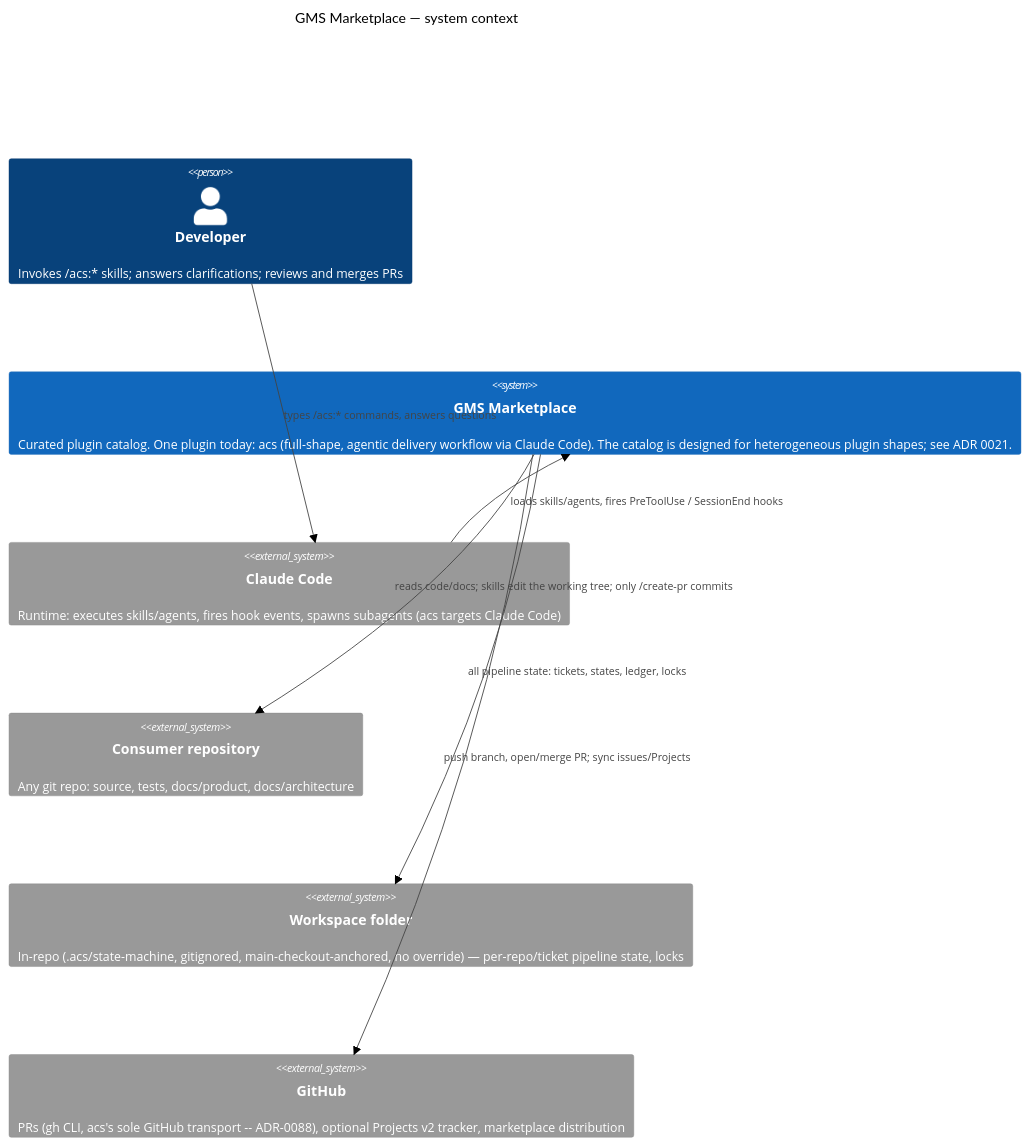
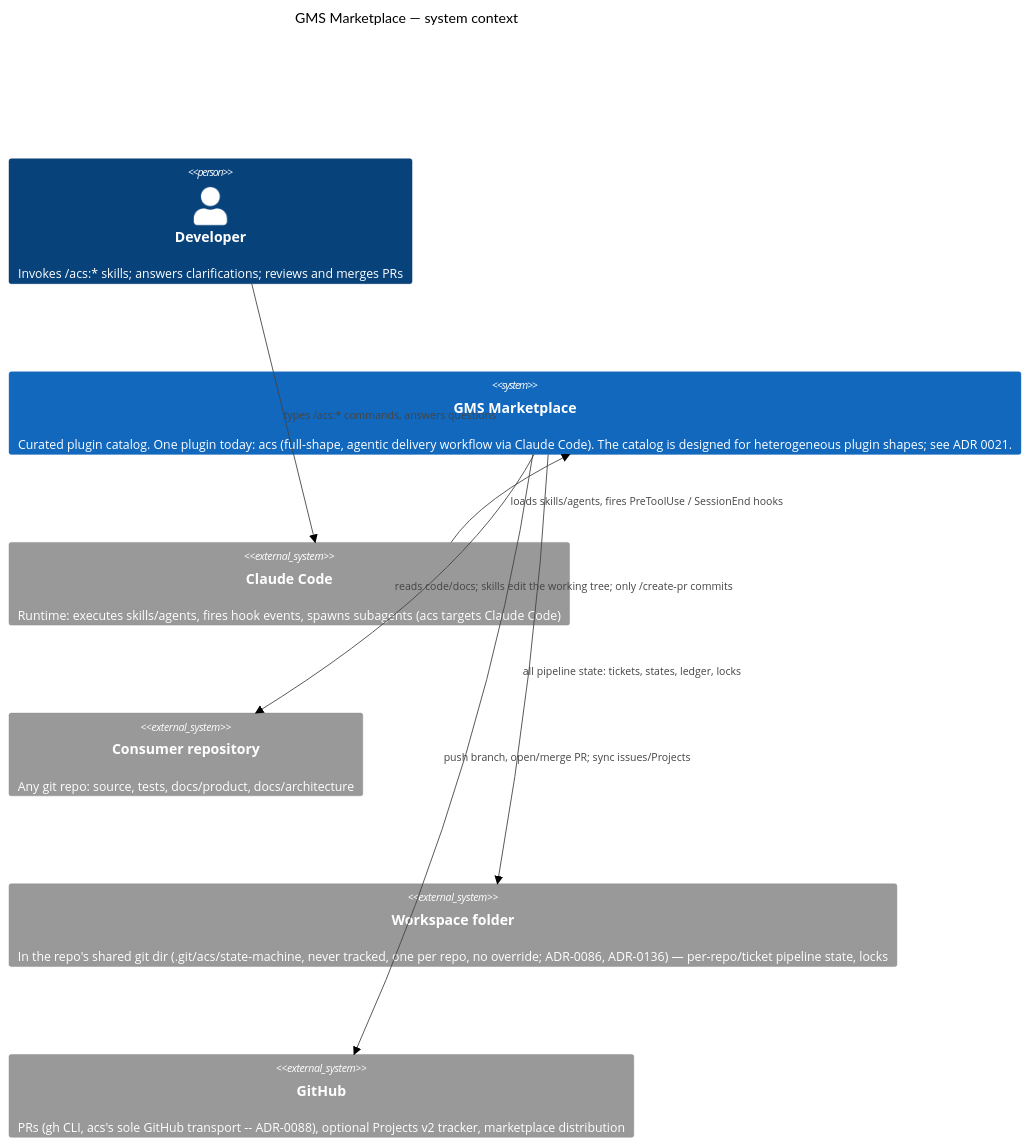
The diagram in docs/architecture/hld/c4-context.md (globalmindsolution/gms-marketplace), drawn with Mermaid (forest theme) before and after one commit. The commit also changed 417 other files, not shown here.

First line of the commit message:
WIP: acs state in the git common dir; state writes through acs.py (in progress)

````diff
--- a/docs/architecture/hld/c4-context.md
+++ b/docs/architecture/hld/c4-context.md
@@ -3,19 +3,19 @@
 ```mermaid
 C4Context
     title GMS Marketplace — system context
 
     Person(dev, "Developer", "Invokes /acs:* skills; answers clarifications; reviews and merges PRs")
 
     System(mkt, "GMS Marketplace", "Curated plugin catalog. One plugin today: acs (full-shape, agentic delivery workflow via Claude Code). The catalog is designed for heterogeneous plugin shapes; see ADR 0021.")
 
     System_Ext(cc, "Claude Code", "Runtime: executes skills/agents, fires hook events, spawns subagents (acs targets Claude Code)")
     System_Ext(repo, "Consumer repository", "Any git repo: source, tests, docs/product, docs/architecture")
-    System_Ext(ws, "Workspace folder", "In-repo (.acs/state-machine, gitignored, main-checkout-anchored, no override) — per-repo/ticket pipeline state, locks")
+    System_Ext(ws, "Workspace folder", "In the repo's shared git dir (.git/acs/state-machine, never tracked, one per repo, no override; ADR-0086, ADR-0136) — per-repo/ticket pipeline state, locks")
     System_Ext(gh, "GitHub", "PRs (gh CLI, acs's sole GitHub transport -- ADR-0088), optional Projects v2 tracker, marketplace distribution")
 
     Rel(dev, cc, "types /acs:* commands, answers questions")
     Rel(cc, mkt, "loads skills/agents, fires PreToolUse / SessionEnd hooks")
     Rel(mkt, repo, "reads code/docs; skills edit the working tree; only /create-pr commits")
     Rel(mkt, ws, "all pipeline state: tickets, states, ledger, locks")
     Rel(mkt, gh, "push branch, open/merge PR; sync issues/Projects")
 ```
````
